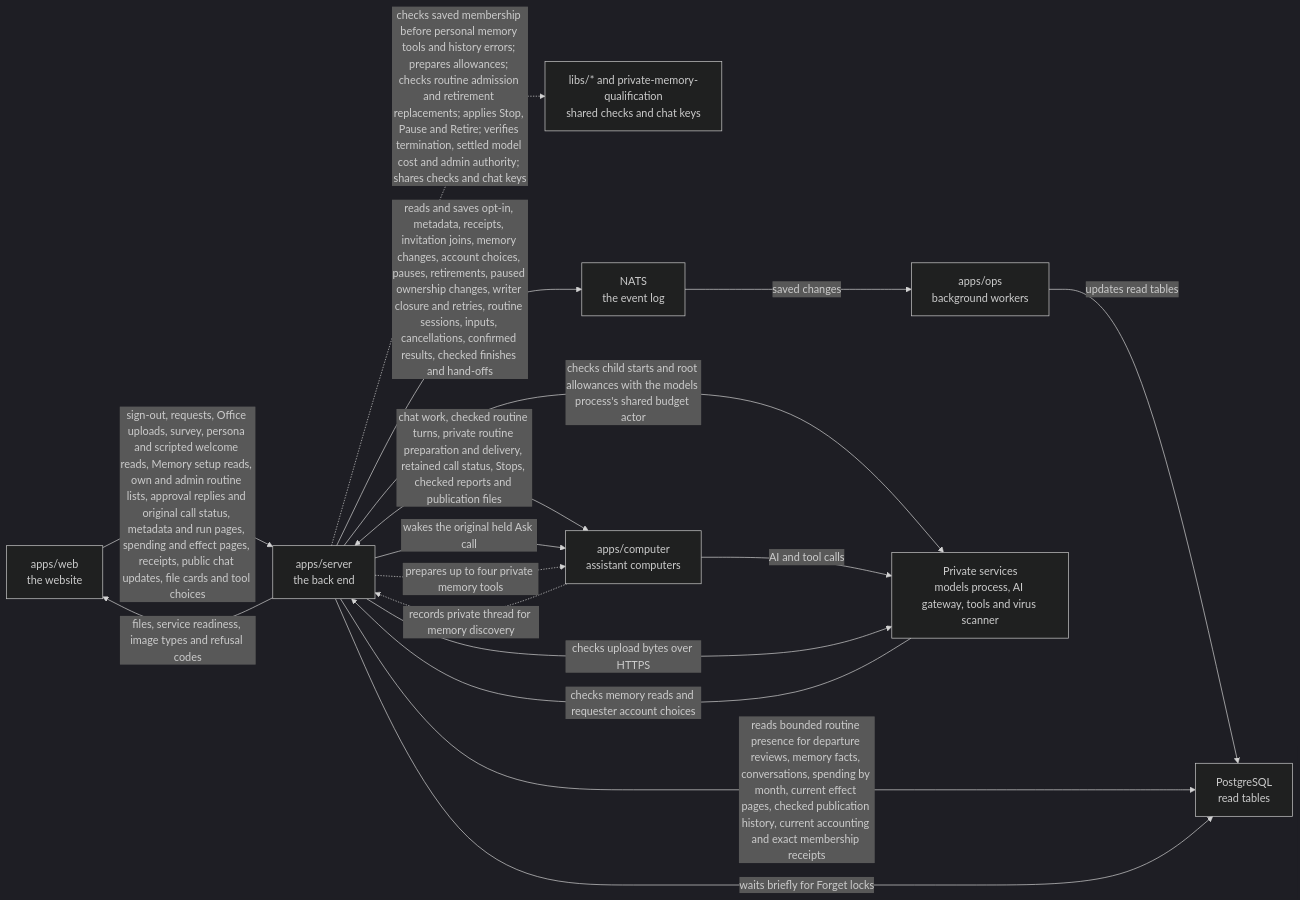
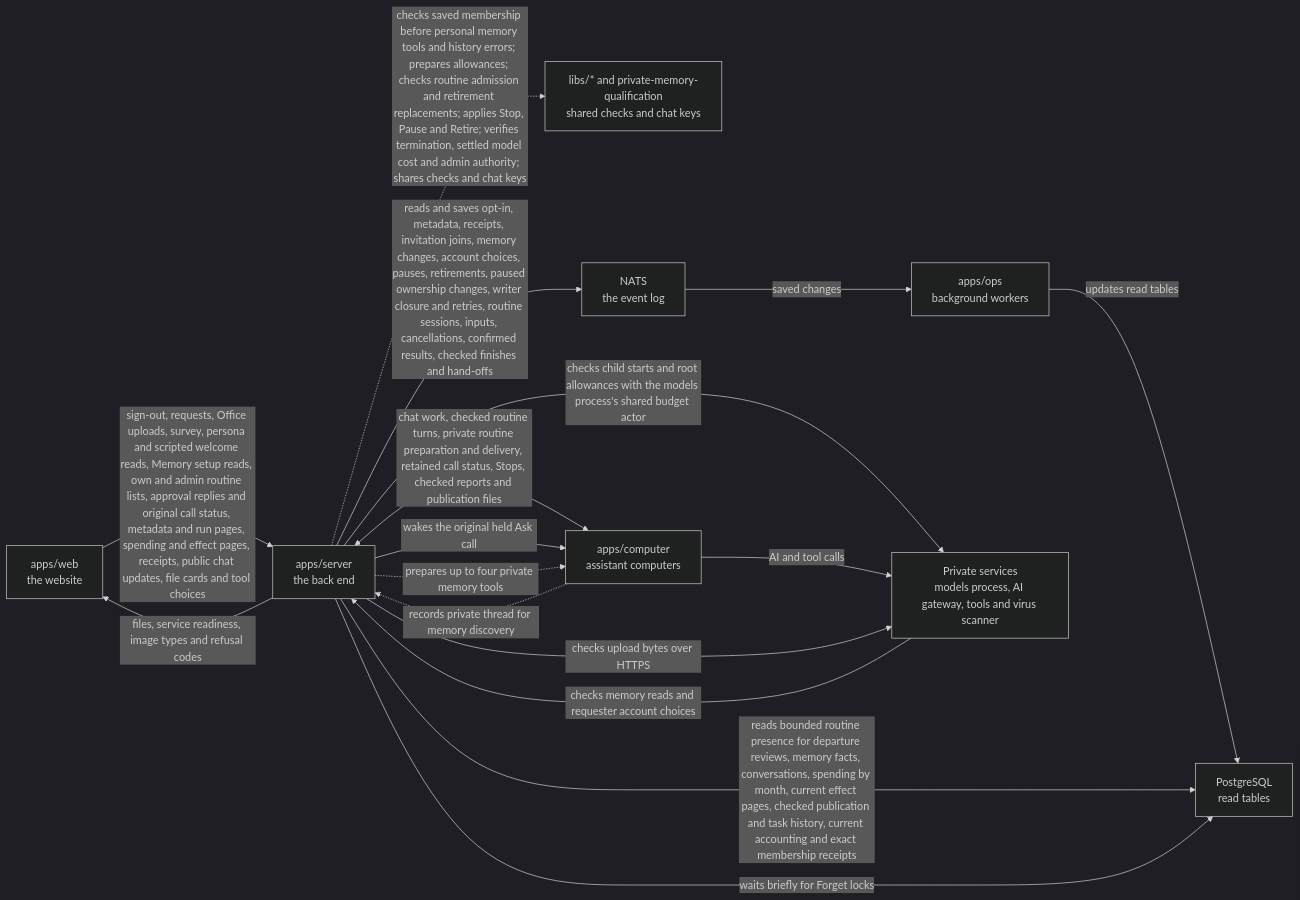
Before and after one commit to elewa-git/opencrane-new: the diagram in apps/server/README.md, drawn with Mermaid (dark theme). The commit also changed other lines of this file and 12 other files, not shown here.

````diff
--- a/apps/server/README.md
+++ b/apps/server/README.md
@@ -221,19 +224,19 @@
 ```mermaid
 flowchart LR
   web["apps/web<br/>the website"] -->|sign-out, requests, Office uploads, survey, persona and scripted welcome reads, Memory setup reads, own and admin routine lists, approval replies and original call status, metadata and run pages, spending and effect pages, receipts, public chat updates, file cards and tool choices| server["apps/server<br/>the back end"]
   server -.->|checks saved membership before personal memory tools and history errors; prepares allowances; checks routine admission and retirement replacements; applies Stop, Pause and Retire; verifies termination, settled model cost and admin authority; shares checks and chat keys| libs["libs/* and private-memory-qualification<br/>shared checks and chat keys"]
   server -->|reads and saves opt-in, metadata, receipts, invitation joins, memory changes, account choices, pauses, retirements, paused ownership changes, writer closure and retries, routine sessions, inputs, cancellations, confirmed results, checked finishes and hand-offs| nats["NATS<br/>the event log"]
   nats -->|saved changes| ops["apps/ops<br/>background workers"]
   ops -->|updates read tables| postgres["PostgreSQL<br/>read tables"]
-  server -->|reads bounded routine presence for departure reviews, memory facts, conversations, spending by month, current effect pages, checked publication history, current accounting and exact membership receipts| postgres
+  server -->|reads bounded routine presence for departure reviews, memory facts, conversations, spending by month, current effect pages, checked publication and task history, current accounting and exact membership receipts| postgres
   server -->|waits briefly for Forget locks| postgres
   server <-->|chat work, checked routine turns, private routine preparation and delivery, retained call status, Stops, checked reports and publication files| computer["apps/computer<br/>assistant computers"]
   server -->|wakes the original held Ask call| computer
   server -->|checks child starts and root allowances with the models process's shared budget actor| runtime
   computer -.->|records private thread for memory discovery| server
   server -.->|prepares up to four private memory tools| computer
   computer -->|AI and tool calls| runtime["Private services<br/>models process, AI gateway, tools and virus scanner"]
   server -->|files, service readiness, image types and refusal codes| web
   server -->|checks upload bytes over HTTPS| runtime
   runtime -->|checks memory reads and requester account choices| server
 ```
````
